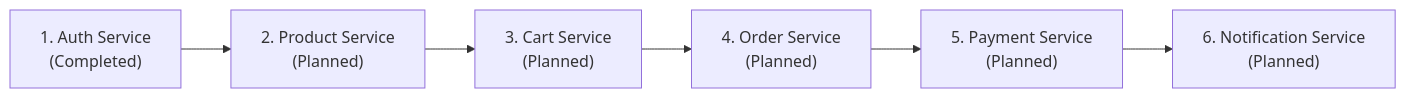
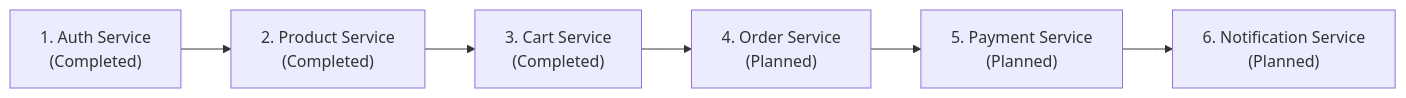
One commit to Next-Gen-Coder-2007/E-Commerce changed the third of 3 diagrams in README.md. Above: the diagram before and after it, drawn with Mermaid. The commit also changed other lines of this file and 1 other file, not shown here.

Commit message:
docs & polish: refine merchant image modal preview and update architecture documentation

````diff
--- a/README.md
+++ b/README.md
@@ -357,8 +398,8 @@
 ```mermaid
 flowchart LR
-    Auth["1. Auth Service\n(Completed)"] --> Product["2. Product Service\n(Planned)"]
-    Product --> Cart["3. Cart Service\n(Planned)"]
+    Auth["1. Auth Service\n(Completed)"] --> Product["2. Product Service\n(Completed)"]
+    Product --> Cart["3. Cart Service\n(Completed)"]
     Cart --> Order["4. Order Service\n(Planned)"]
     Order --> Payment["5. Payment Service\n(Planned)"]
     Payment --> Notification["6. Notification Service\n(Planned)"]
 ```
````
